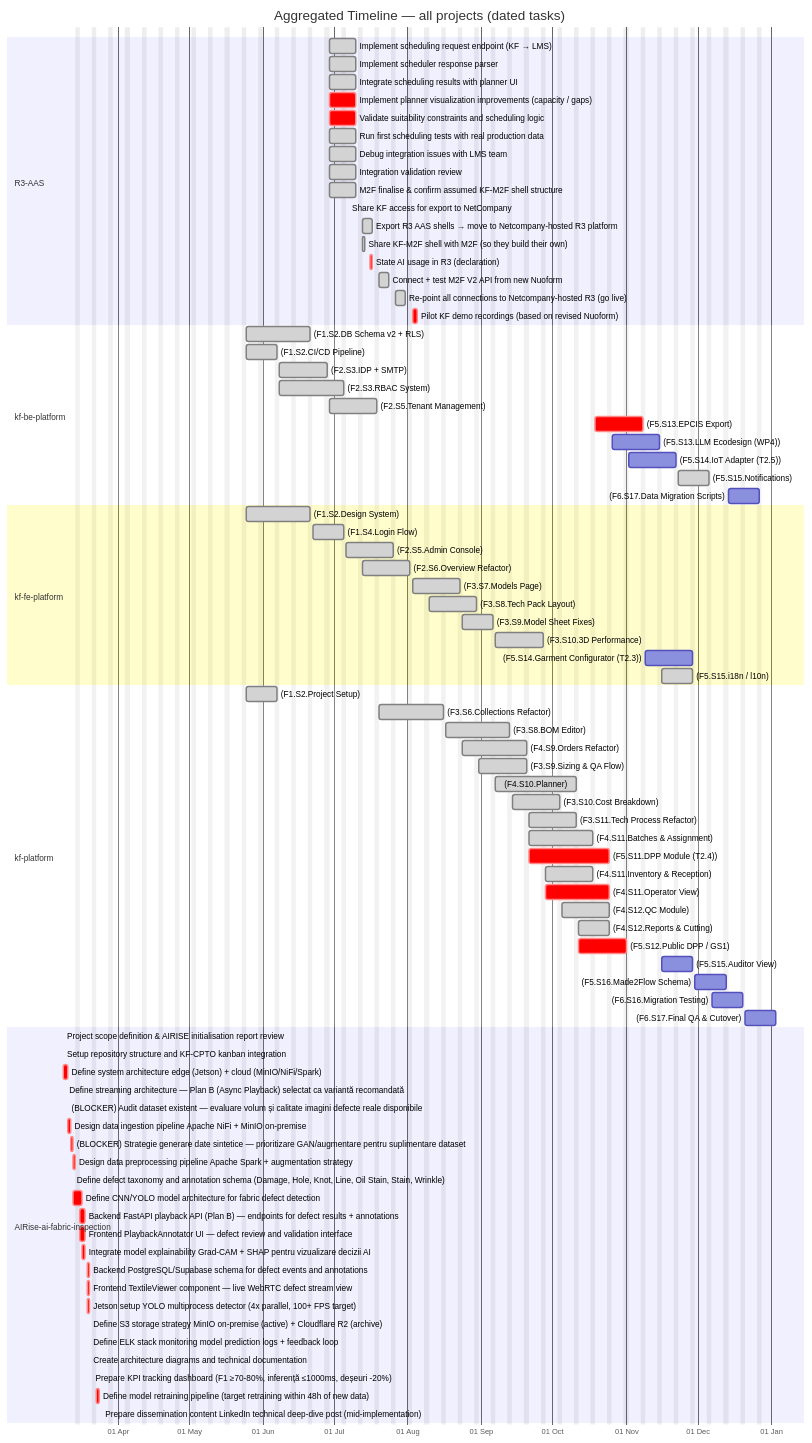
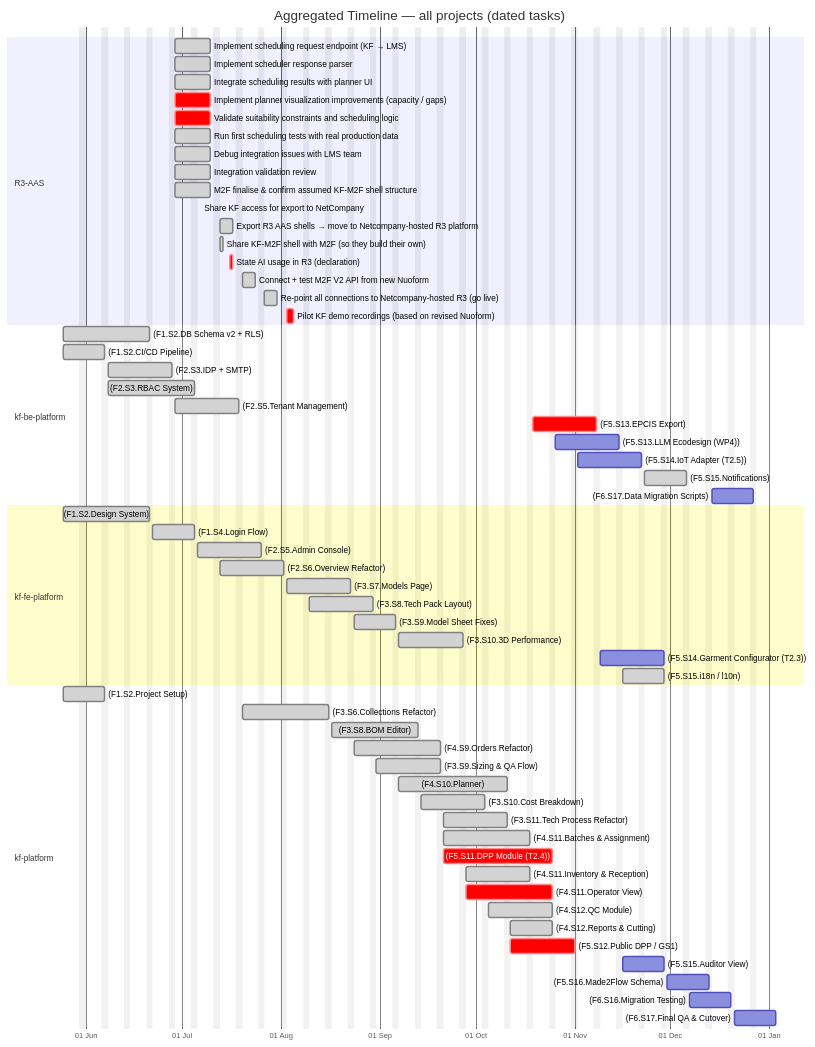
Before and after one commit to Katty-Fashion/kf-cpto: the third of 6 diagrams in docs/unified-calendar.md, drawn with Mermaid. The commit also changed other lines of this file and 18 other files, not shown here.

````diff
--- a/docs/unified-calendar.md
+++ b/docs/unified-calendar.md
@@ -161,27 +124,4 @@
     (F5.S16.Made2Flow Schema) :2026-11-30, 2026-12-13
     (F6.S16.Migration Testing) :2026-12-07, 2026-12-20
     (F6.S17.Final QA & Cutover) :2026-12-21, 2027-01-03
-    section AIRise-ai-fabric-inspection
-    Project scope definition & AIRISE initialisation report review :done, 2026-03-09, 2026-03-09
-    Setup repository structure and KF-CPTO kanban integration :done, 2026-03-09, 2026-03-09
-    Define system architecture edge (Jetson) + cloud (MinIO/NiFi/Spark) :crit, 2026-03-09, 2026-03-11
-    Define streaming architecture — Plan B (Async Playback) selectat ca variantă recomandată :crit, 2026-03-10, 2026-03-10
-    (BLOCKER) Audit dataset existent — evaluare volum și calitate imagini defecte reale disponibile :crit, 2026-03-11, 2026-03-11
-    Design data ingestion pipeline Apache NiFi + MinIO on-premise :crit, 2026-03-11, 2026-03-12
-    (BLOCKER) Strategie generare date sintetice — prioritizare GAN/augmentare pentru suplimentare dataset :crit, 2026-03-12, 2026-03-13
-    Design data preprocessing pipeline Apache Spark + augmentation strategy :crit, 2026-03-13, 2026-03-14
-    Define defect taxonomy and annotation schema (Damage, Hole, Knot, Line, Oil Stain, Stain, Wrinkle) :crit, 2026-03-13, 2026-03-13
-    Define CNN/YOLO model architecture for fabric defect detection :crit, 2026-03-13, 2026-03-17
-    Backend FastAPI playback API (Plan B) — endpoints for defect results + annotations :crit, 2026-03-16, 2026-03-18
-    Frontend PlaybackAnnotator UI — defect review and validation interface :crit, 2026-03-16, 2026-03-18
-    Integrate model explainability Grad-CAM + SHAP pentru vizualizare decizii AI :crit, 2026-03-17, 2026-03-18
-    Backend PostgreSQL/Supabase schema for defect events and annotations :crit, 2026-03-19, 2026-03-20
-    Frontend TextileViewer component — live WebRTC defect stream view :crit, 2026-03-19, 2026-03-20
-    Jetson setup YOLO multiprocess detector (4x parallel, 100+ FPS target) :crit, 2026-03-19, 2026-03-20
-    Define S3 storage strategy MinIO on-premise (active) + Cloudflare R2 (archive) :crit, 2026-03-20, 2026-03-20
-    Define ELK stack monitoring model prediction logs + feedback loop :crit, 2026-03-20, 2026-03-20
-    Create architecture diagrams and technical documentation :crit, 2026-03-20, 2026-03-20
-    Prepare KPI tracking dashboard (F1 ≥70-80%, inferență ≤1000ms, deșeuri -20%) :crit, 2026-03-21, 2026-03-21
-    Define model retraining pipeline (target retraining within 48h of new data) :crit, 2026-03-23, 2026-03-24
-    Prepare dissemination content LinkedIn technical deep-dive post (mid-implementation) :crit, 2026-03-25, 2026-03-25
 ```
````
